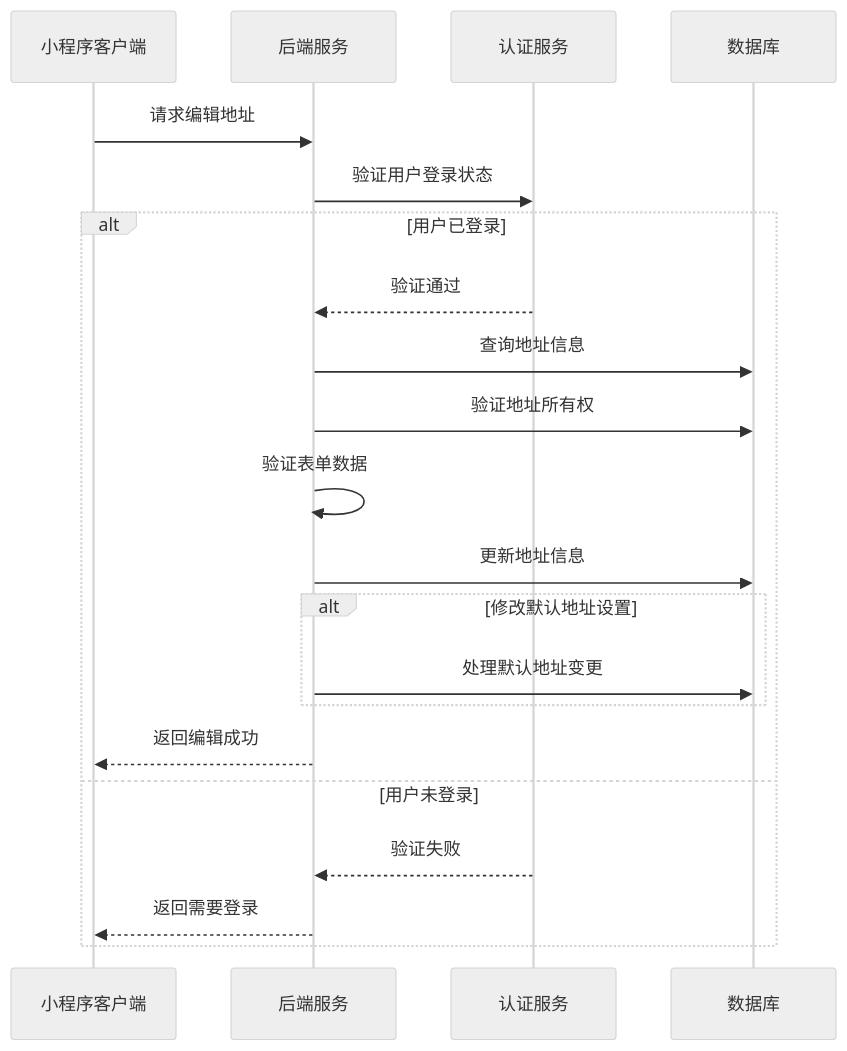
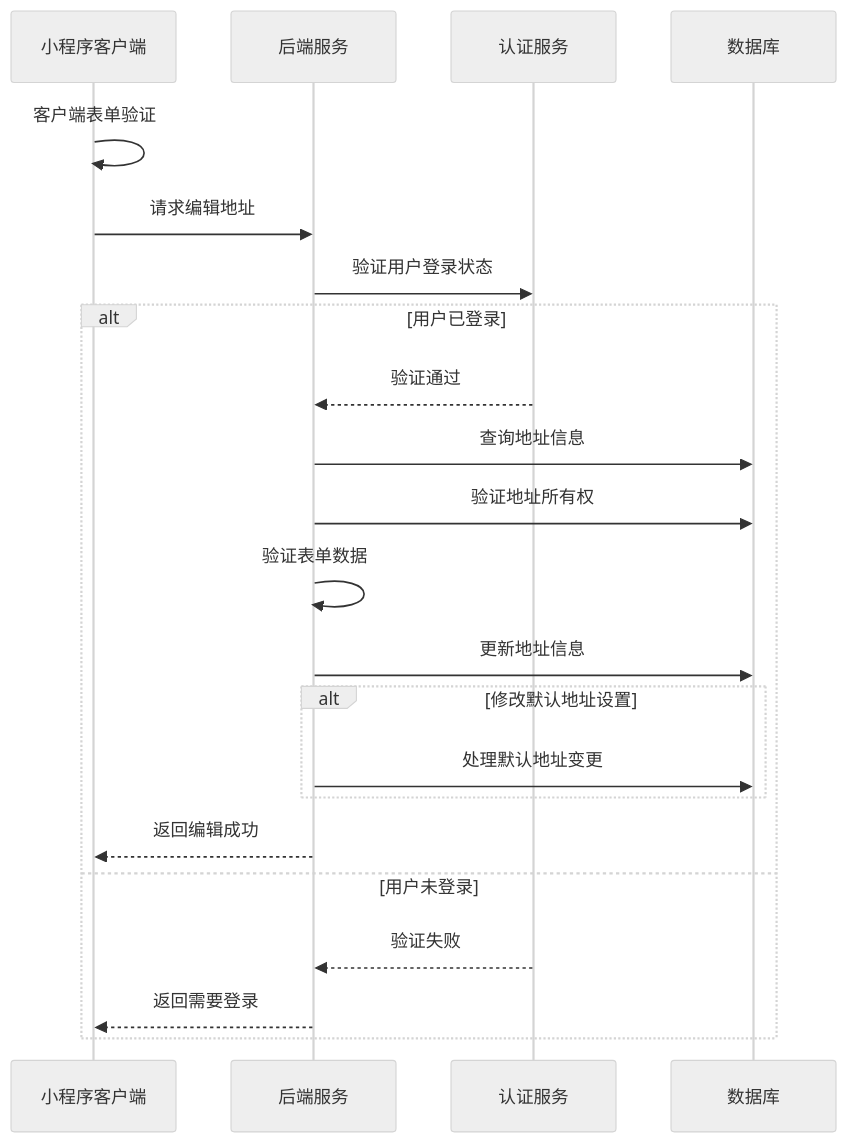
Before and after one commit to Childho/V4: the third of 3 diagrams in api-docs/address-form.md, drawn with Mermaid (neutral theme). The commit also changed other lines of this file and 21 other files, not shown here.

````diff
--- a/api-docs/address-form.md
+++ b/api-docs/address-form.md
@@ -211,23 +201,24 @@
 ```mermaid
 sequenceDiagram
     participant Client as 小程序客户端
     participant Server as 后端服务
     participant Auth as 认证服务
     participant DB as 数据库
+    Client->>Client: 客户端表单验证
     Client->>Server: 请求编辑地址
     Server->>Auth: 验证用户登录状态
     alt 用户已登录
         Auth-->>Server: 验证通过
         Server->>DB: 查询地址信息
         Server->>DB: 验证地址所有权
         Server->>Server: 验证表单数据
         Server->>DB: 更新地址信息
         alt 修改默认地址设置
             Server->>DB: 处理默认地址变更
         end
         Server-->>Client: 返回编辑成功
     else 用户未登录
         Auth-->>Server: 验证失败
         Server-->>Client: 返回需要登录
     end
 ```
````
